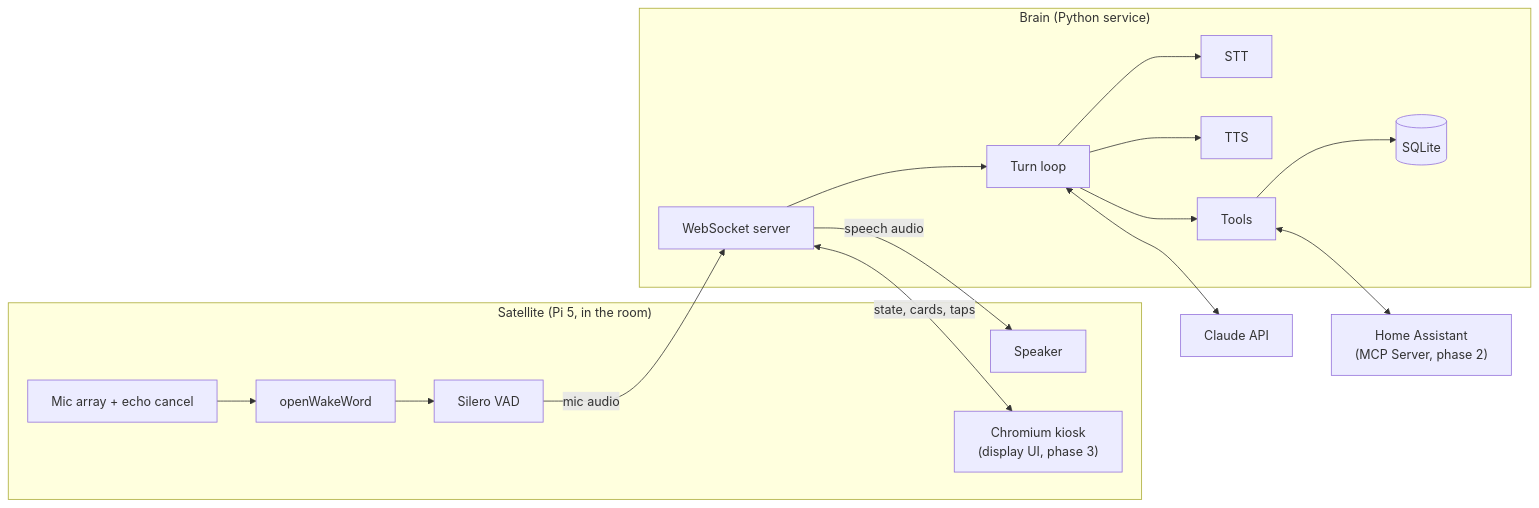
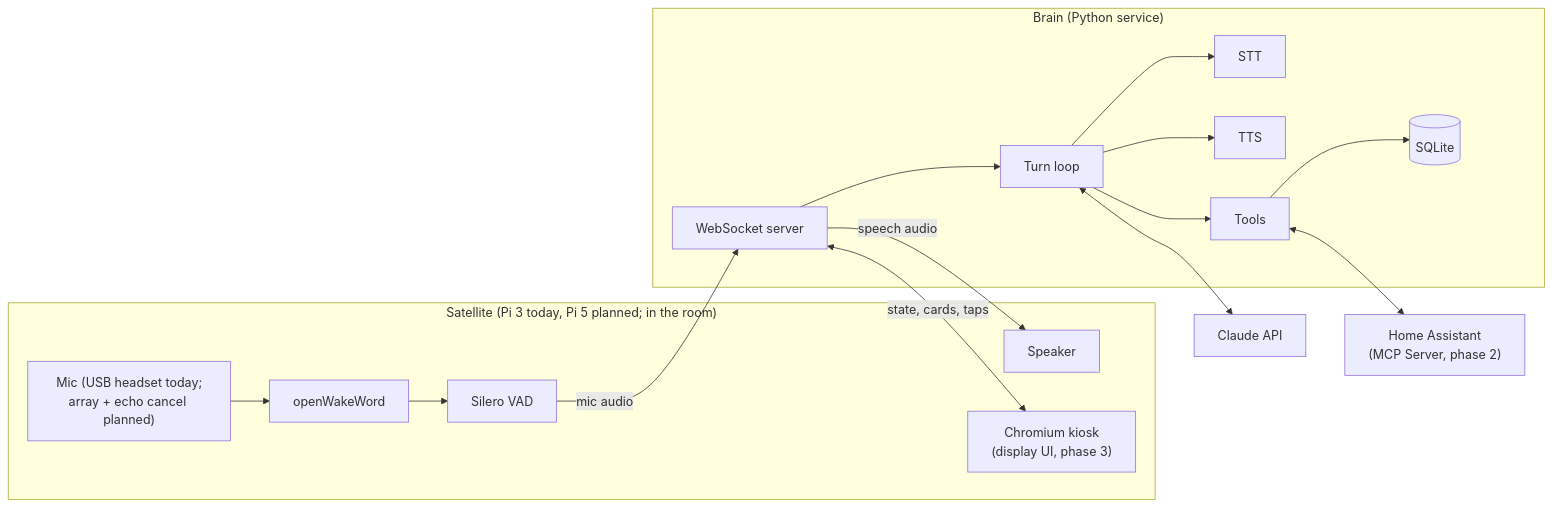
The first of 2 diagrams in docs/architecture.md (xanderscannell/claude-home), drawn with Mermaid before and after one commit. The commit also changed other lines of this file and 2 other files, not shown here.

````diff
--- a/docs/architecture.md
+++ b/docs/architecture.md
@@ -35,29 +35,29 @@
 ```mermaid
 flowchart LR
-  subgraph Satellite["Satellite (Pi 5, in the room)"]
-    MIC[Mic array + echo cancel] --> WW[openWakeWord]
+  subgraph Satellite["Satellite (Pi 3 today, Pi 5 planned; in the room)"]
+    MIC["Mic (USB headset today;<br/>array + echo cancel planned)"] --> WW[openWakeWord]
     WW --> VAD[Silero VAD]
     SPK[Speaker]
     UI["Chromium kiosk<br/>(display UI, phase 3)"]
   end
 
   subgraph Brain["Brain (Python service)"]
     WS[WebSocket server]
     TURN[Turn loop]
     STT[STT]
     TTS[TTS]
     TOOLS[Tools]
     DB[(SQLite)]
   end
 
   VAD -- mic audio --> WS
   WS -- speech audio --> SPK
   WS <-- state, cards, taps --> UI
   WS --> TURN
   TURN --> STT
   TURN <--> CLAUDE[Claude API]
   TURN --> TTS
   TURN --> TOOLS
   TOOLS --> DB
   TOOLS <--> HA["Home Assistant<br/>(MCP Server, phase 2)"]
 ```
````
